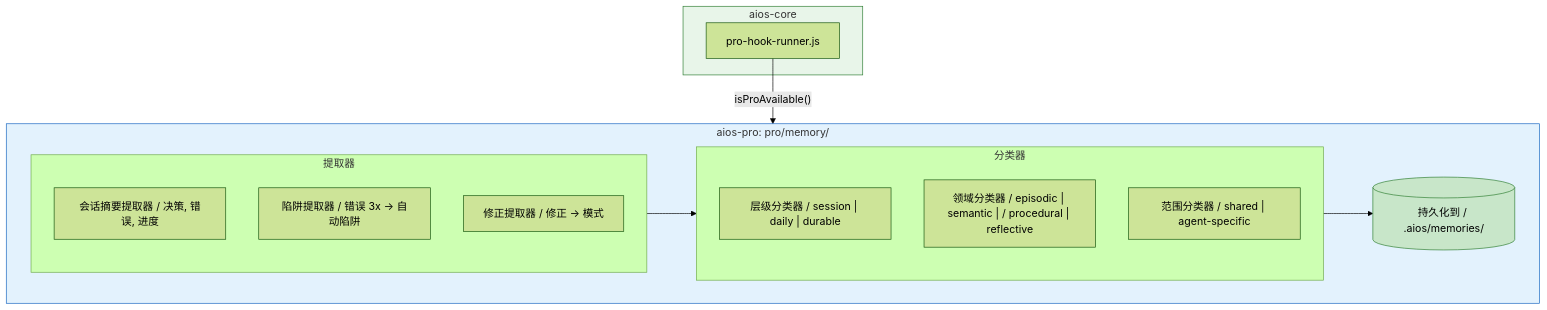
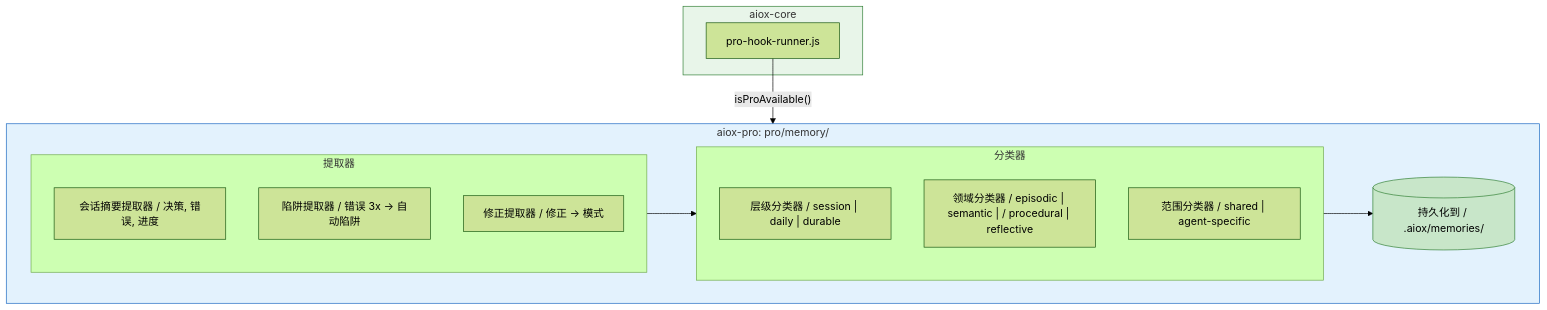
Before and after one commit to bychrisr/aios-docs: the fifth of 11 diagrams in content/en/docs/zh/guides/MEMORY-INTELLIGENCE-SYSTEM.mdx, drawn with Mermaid (forest theme). The commit also changed other lines of this file and 564 other files, not shown here.

Commit message:
chore(sync): auto-sync from aios-core 2026-03-05 [skip ci]

````diff
--- a/content/en/docs/zh/guides/MEMORY-INTELLIGENCE-SYSTEM.mdx
+++ b/content/en/docs/zh/guides/MEMORY-INTELLIGENCE-SYSTEM.mdx
@@ -479,29 +479,29 @@
 ```mermaid
 flowchart TD
-    subgraph CORE_HOOKS["aios-core"]
+    subgraph CORE_HOOKS["aiox-core"]
         HR["pro-hook-runner.js"]
     end
 
-    subgraph PRO_CAPTURE["aios-pro: pro/memory/"]
+    subgraph PRO_CAPTURE["aiox-pro: pro/memory/"]
         subgraph EXTRACTORS["提取器"]
             EX1["会话摘要提取器 / 决策, 错误, 进度"]
             EX2["陷阱提取器 / 错误 3x → 自动陷阱"]
             EX3["修正提取器 / 修正 → 模式"]
         end
 
         subgraph CLASSIFIERS["分类器"]
             CL1["层级分类器 / session | daily | durable"]
             CL2["领域分类器 / episodic | semantic | / procedural | reflective"]
             CL3["范围分类器 / shared | agent-specific"]
         end
 
         EXTRACTORS --> CLASSIFIERS
-        CLASSIFIERS --> PERSIST[("持久化到 / .aios/memories/")]
+        CLASSIFIERS --> PERSIST[("持久化到 / .aiox/memories/")]
     end
 
     HR -->|"isProAvailable()"| PRO_CAPTURE
 
     style CORE_HOOKS fill:#E8F5E9,stroke:#2E7D32
     style PRO_CAPTURE fill:#E3F2FD,stroke:#1565C0
     style PERSIST fill:#C8E6C9,stroke:#2E7D32
 ```
````
